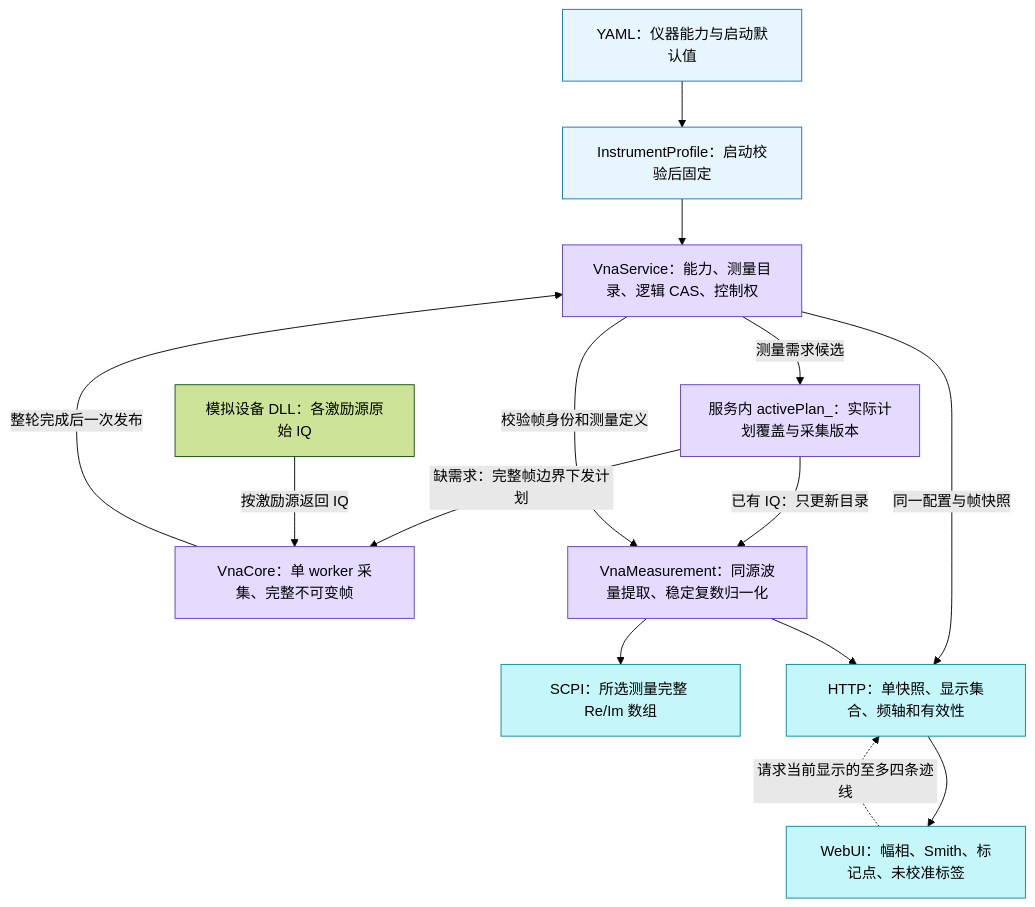
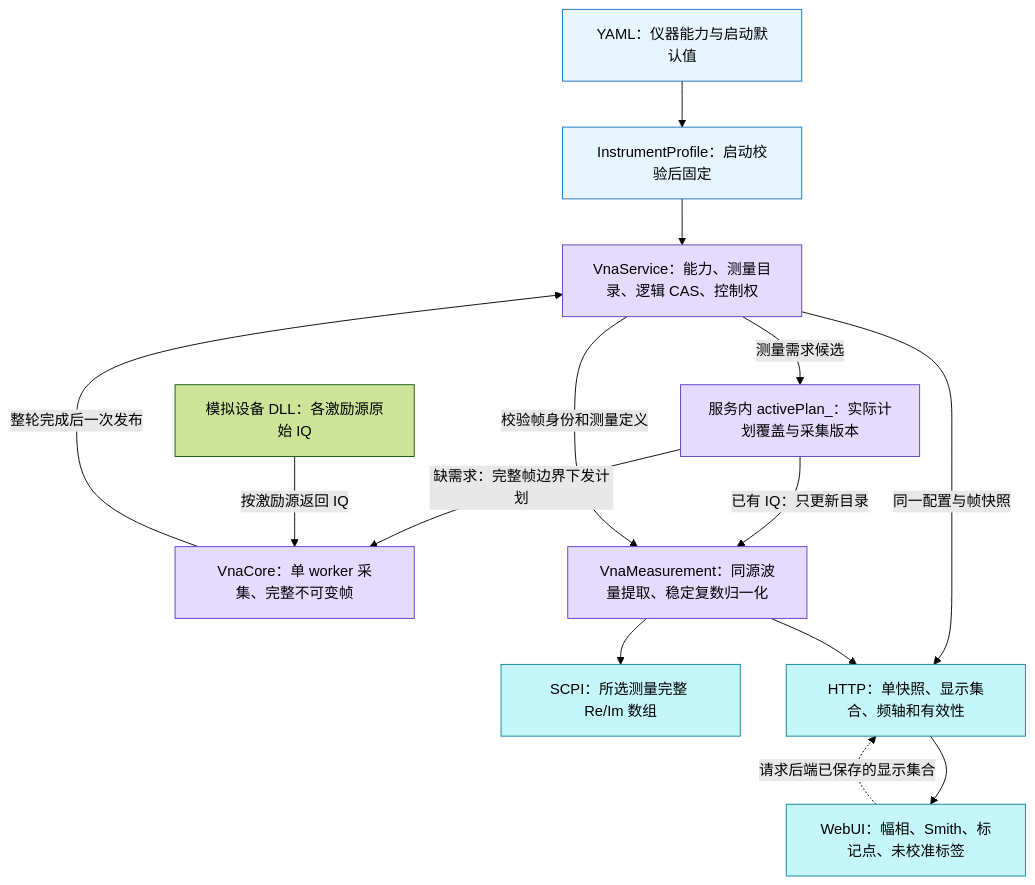
One commit to aniping/VnaPro changed the first of 3 diagrams in docs/未校准S参数测量设计.md. Above: the diagram before and after it, drawn with Mermaid (forest theme). The commit also changed other lines of this file and 17 other files, not shown here.

````diff
--- a/docs/未校准S参数测量设计.md
+++ b/docs/未校准S参数测量设计.md
@@ -39,31 +42,31 @@
 ```mermaid
 flowchart TB
     yaml["YAML：仪器能力与启动默认值"]
     profile["InstrumentProfile：启动校验后固定"]
     dll["模拟设备 DLL：各激励源原始 IQ"]
     core["VnaCore：单 worker 采集、完整不可变帧"]
     service["VnaService：能力、测量目录、逻辑 CAS、控制权"]
     demand["服务内 activePlan_：实际计划覆盖与采集版本"]
     math["VnaMeasurement：同源波量提取、稳定复数归一化"]
     scpi["SCPI：所选测量完整 Re/Im 数组"]
     http["HTTP：单快照、显示集合、频轴和有效性"]
     ui["WebUI：幅相、Smith、标记点、未校准标签"]
     yaml --> profile --> service
     service -->|测量需求候选| demand
     demand -->|缺需求：完整帧边界下发计划| core
     demand -->|已有 IQ：只更新目录| math
     dll -->|按激励源返回 IQ| core
     core -->|整轮完成后一次发布| service
     service -->|校验帧身份和测量定义| math
     service -->|同一配置与帧快照| http
     math --> scpi
     math --> http
     http --> ui
-    ui -.->|请求当前显示的至多四条迹线| http
+    ui -.->|请求后端已保存的显示集合| http
     classDef config fill:#e7f5ff,stroke:#1971c2;
     classDef process fill:#e5dbff,stroke:#5f3dc4;
     classDef output fill:#c5f6fa,stroke:#0c8599;
     class yaml,profile config;
     class core,service,demand,math process;
     class scpi,http,ui output;
 ```
````
